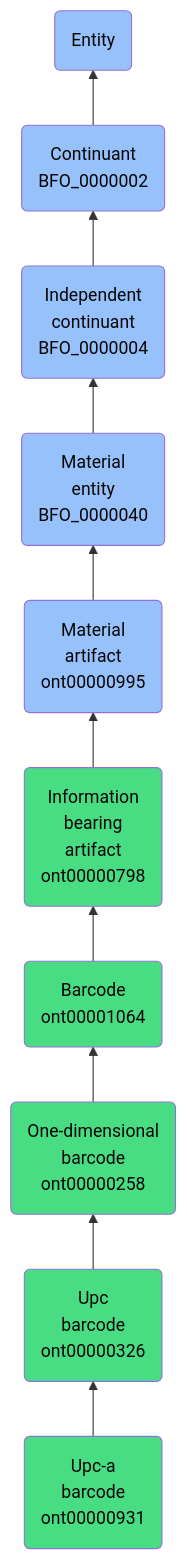
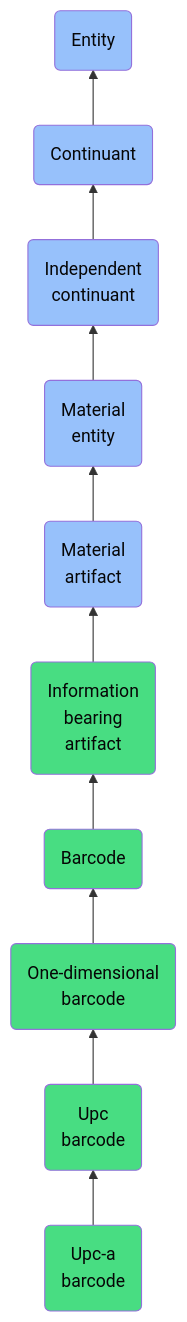
One commit to jupyter-naas/abi changed the diagram in docs/ontology/reference/model/Entity/Continuant/Independent continuant/Material entity/Material artifact/Information bearing artifact/Barcode/One-dimensional barcode/Upc barcode/Upc-a barcode/Upc-a barcode.md. Above: the diagram before and after it, drawn with Mermaid. The commit also changed other lines of this file and 1430 other files, not shown here.

````diff
--- a/docs/ontology/reference/model/Entity/Continuant/Independent continuant/Material entity/Material artifact/Information bearing artifact/Barcode/One-dimensional barcode/Upc barcode/Upc-a barcode/Upc-a barcode.md
+++ b/docs/ontology/reference/model/Entity/Continuant/Independent continuant/Material entity/Material artifact/Information bearing artifact/Barcode/One-dimensional barcode/Upc barcode/Upc-a barcode/Upc-a barcode.md
@@ -24,17 +24,17 @@
 ```mermaid
 graph BT
-    ont00000931(Upc-a<br>barcode<br>ont00000931):::ABI-->ont00000326
-    ont00000326(Upc<br>barcode<br>ont00000326):::ABI-->ont00000258
-    ont00000258(One-dimensional<br>barcode<br>ont00000258):::ABI-->ont00001064
-    ont00001064(Barcode<br>ont00001064):::ABI-->ont00000798
-    ont00000798(Information<br>bearing<br>artifact<br>ont00000798):::ABI-->ont00000995
-    ont00000995(Material<br>artifact<br>ont00000995):::BFO-->BFO_0000040
-    BFO_0000040(Material<br>entity<br>BFO_0000040):::BFO-->BFO_0000004
-    BFO_0000004(Independent<br>continuant<br>BFO_0000004):::BFO-->BFO_0000002
-    BFO_0000002(Continuant<br>BFO_0000002):::BFO-->BFO_0000001
+    ont00000931(Upc-a<br>barcode):::ABI-->ont00000326
+    ont00000326(Upc<br>barcode):::ABI-->ont00000258
+    ont00000258(One-dimensional<br>barcode):::ABI-->ont00001064
+    ont00001064(Barcode):::ABI-->ont00000798
+    ont00000798(Information<br>bearing<br>artifact):::ABI-->ont00000995
+    ont00000995(Material<br>artifact):::BFO-->BFO_0000040
+    BFO_0000040(Material<br>entity):::BFO-->BFO_0000004
+    BFO_0000004(Independent<br>continuant):::BFO-->BFO_0000002
+    BFO_0000002(Continuant):::BFO-->BFO_0000001
     BFO_0000001(Entity):::BFO
     
     classDef BFO fill:#97c1fb,color:#060606
     classDef CCO fill:#e4c51e,color:#060606
     classDef ABI fill:#48DD82,color:#060606
 ```
````
